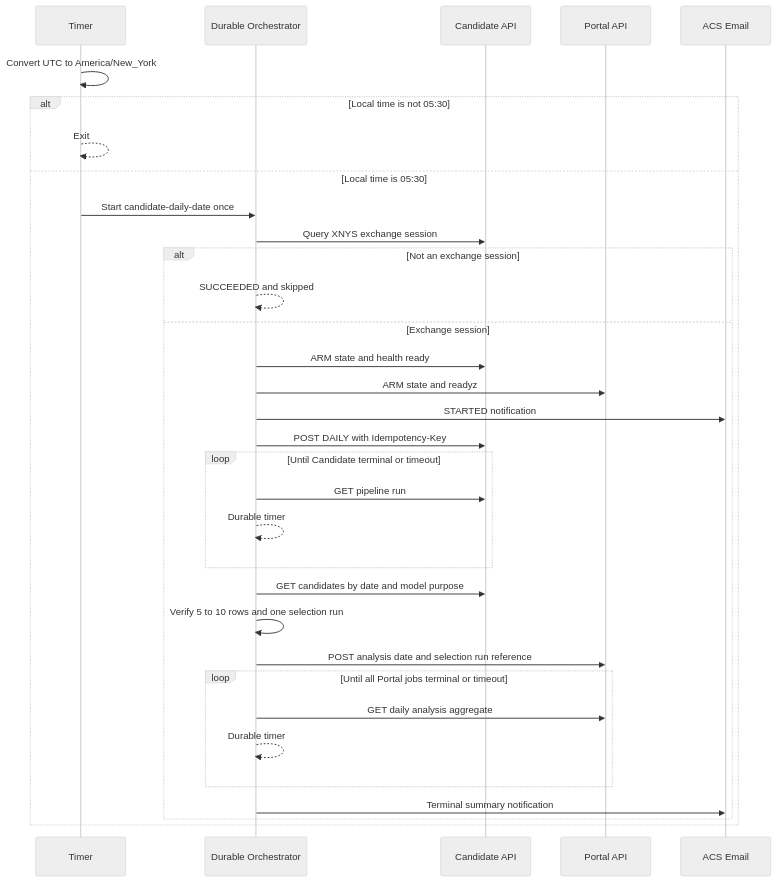
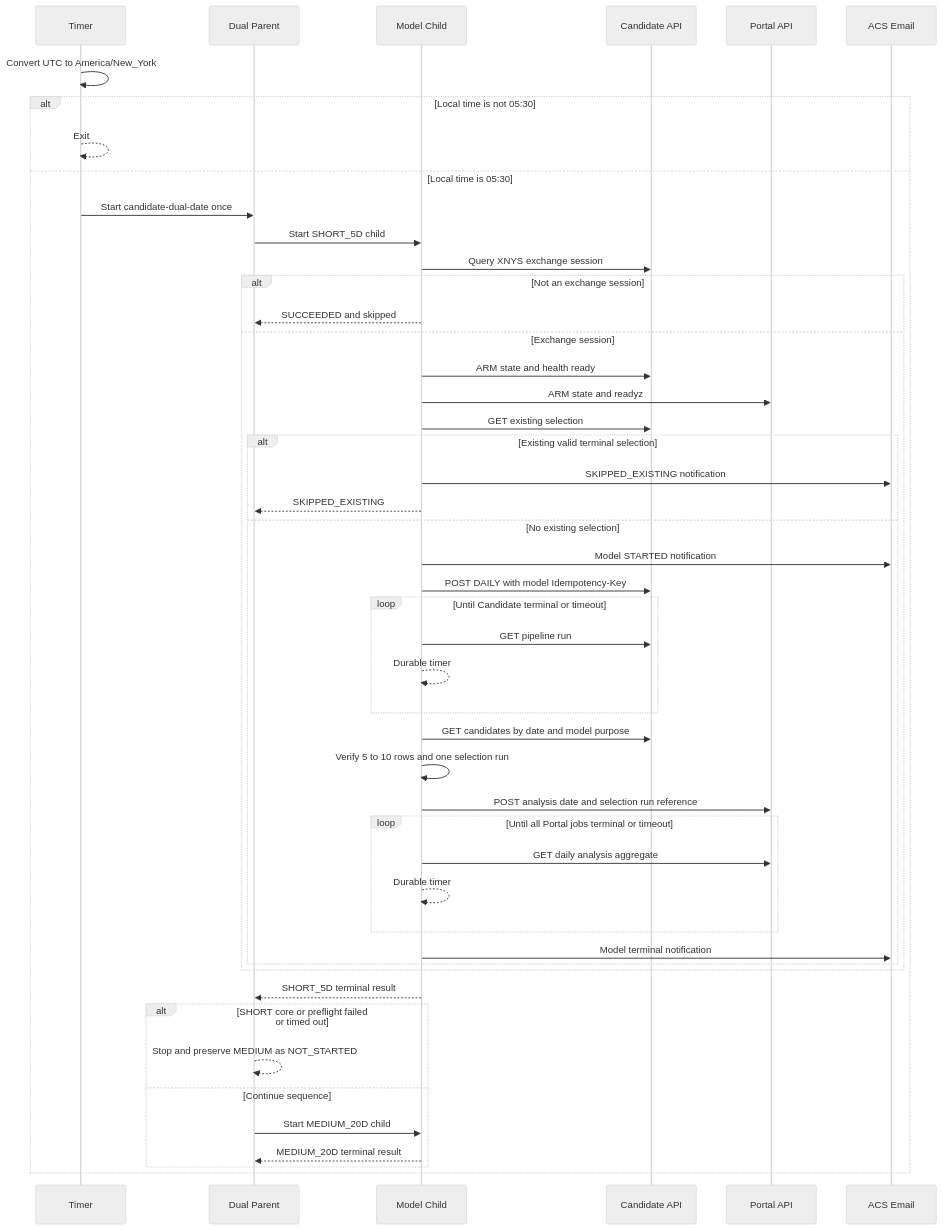
Before and after one commit to brjeong-private/sp500-candidate-engine: the second of 3 diagrams in .github/modernize/assessment/engines/facts/orchestrator-architecture.md, drawn with Mermaid (neutral theme). The commit also changed other lines of this file and 21 other files, not shown here.

Commit message:
feat(orchestrator): run daily dual-model pipeline

````diff
--- a/.github/modernize/assessment/engines/facts/orchestrator-architecture.md
+++ b/.github/modernize/assessment/engines/facts/orchestrator-architecture.md
@@ -79,36 +92,51 @@
 ```mermaid
 sequenceDiagram
     participant T as Timer
-    participant D as Durable Orchestrator
+    participant D as Dual Parent
+    participant M as Model Child
     participant C as Candidate API
     participant P as Portal API
     participant A as ACS Email
 
     T->>T: Convert UTC to America/New_York
     alt Local time is not 05:30
         T-->>T: Exit
     else Local time is 05:30
-        T->>D: Start candidate-daily-date once
-        D->>C: Query XNYS exchange session
+        T->>D: Start candidate-dual-date once
+        D->>M: Start SHORT_5D child
+        M->>C: Query XNYS exchange session
         alt Not an exchange session
-            D-->>D: SUCCEEDED and skipped
+            M-->>D: SUCCEEDED and skipped
         else Exchange session
-            D->>C: ARM state and health ready
-            D->>P: ARM state and readyz
-            D->>A: STARTED notification
-            D->>C: POST DAILY with Idempotency-Key
+            M->>C: ARM state and health ready
+            M->>P: ARM state and readyz
+            M->>C: GET existing selection
+            alt Existing valid terminal selection
+                M->>A: SKIPPED_EXISTING notification
+                M-->>D: SKIPPED_EXISTING
+            else No existing selection
+                M->>A: Model STARTED notification
+                M->>C: POST DAILY with model Idempotency-Key
             loop Until Candidate terminal or timeout
-                D->>C: GET pipeline run
-                D-->>D: Durable timer
+                    M->>C: GET pipeline run
+                    M-->>M: Durable timer
             end
-            D->>C: GET candidates by date and model purpose
-            D->>D: Verify 5 to 10 rows and one selection run
-            D->>P: POST analysis date and selection run reference
+                M->>C: GET candidates by date and model purpose
+                M->>M: Verify 5 to 10 rows and one selection run
+                M->>P: POST analysis date and selection run reference
             loop Until all Portal jobs terminal or timeout
-                D->>P: GET daily analysis aggregate
-                D-->>D: Durable timer
+                    M->>P: GET daily analysis aggregate
+                    M-->>M: Durable timer
+                end
+                M->>A: Model terminal notification
             end
-            D->>A: Terminal summary notification
+        end
+        M-->>D: SHORT_5D terminal result
+        alt SHORT core or preflight failed or timed out
+            D-->>D: Stop and preserve MEDIUM as NOT_STARTED
+        else Continue sequence
+            D->>M: Start MEDIUM_20D child
+            M-->>D: MEDIUM_20D terminal result
         end
     end
 ```
````
